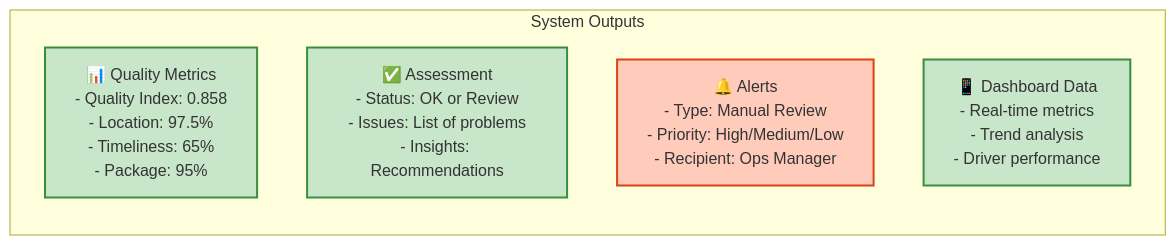
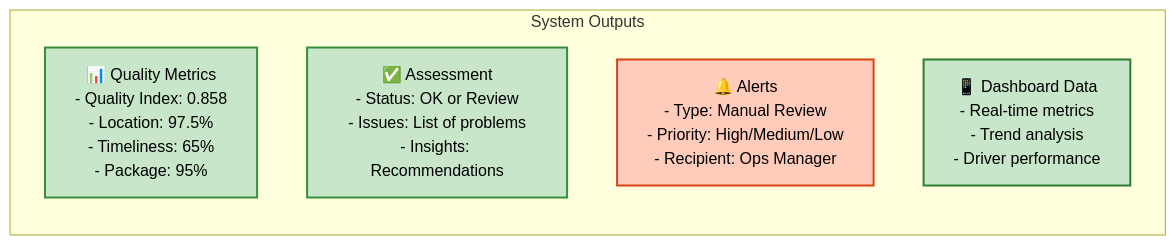
The fourth of 5 diagrams in EVENT-FLOW-DIAGRAM-MVP.md (blakeramos/Delivery-Intelligence-main), drawn with Mermaid before and after one commit. The commit also changed other lines of this file, not shown here.

Commit message:
Refactor styles in Event Flow Diagram for improved readability and consistency

````diff
--- a/EVENT-FLOW-DIAGRAM-MVP.md
+++ b/EVENT-FLOW-DIAGRAM-MVP.md
@@ -185,14 +185,14 @@
 ```mermaid
 graph LR
     subgraph "System Outputs"
         D[📊 Quality Metrics<br/>- Quality Index: 0.858<br/>- Location: 97.5%<br/>- Timeliness: 65%<br/>- Package: 95%]
         E[✅ Assessment<br/>- Status: OK or Review<br/>- Issues: List of problems<br/>- Insights: Recommendations]
         F[🔔 Alerts<br/>- Type: Manual Review<br/>- Priority: High/Medium/Low<br/>- Recipient: Ops Manager]
         G[📱 Dashboard Data<br/>- Real-time metrics<br/>- Trend analysis<br/>- Driver performance]
     end
     
-    style D fill:#c8e6c9,stroke:#388e3c,stroke-width:2px
-    style E fill:#c8e6c9,stroke:#388e3c,stroke-width:2px
-    style F fill:#ffccbc,stroke:#d84315,stroke-width:2px
-    style G fill:#c8e6c9,stroke:#388e3c,stroke-width:2px
+    style D fill:#c8e6c9,stroke:#388e3c,stroke-width:2px,color:#000
+    style E fill:#c8e6c9,stroke:#388e3c,stroke-width:2px,color:#000
+    style F fill:#ffccbc,stroke:#d84315,stroke-width:2px,color:#000
+    style G fill:#c8e6c9,stroke:#2e7d32,stroke-width:2px,color:#000
 ```
````
